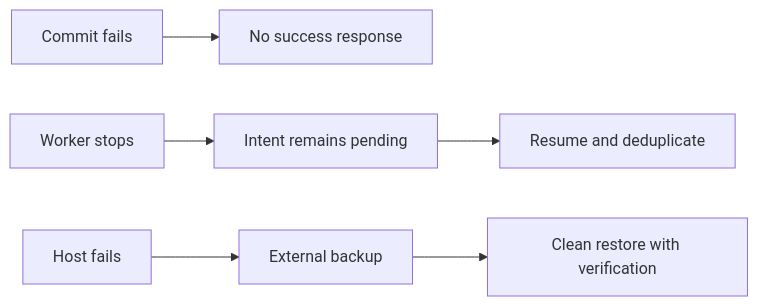
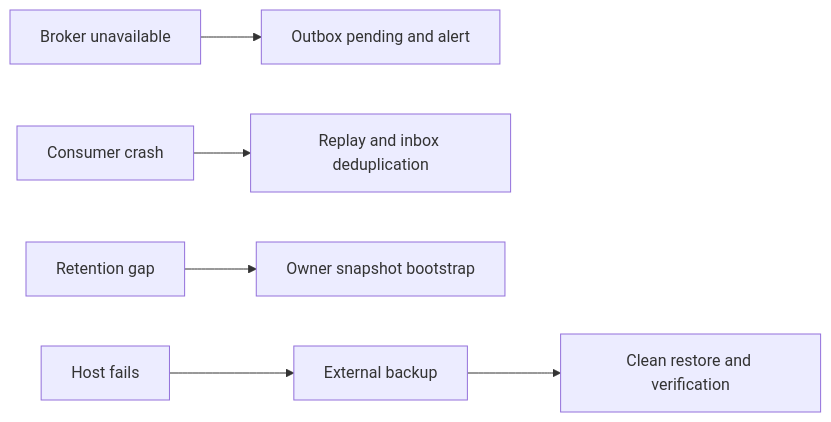
Before and after one commit to sakkol-git/meakea-attendance-tractker-microservice: the fourth of 4 diagrams in docs/roadmap/ARCHITECTURE-REVIEW-V2.md, drawn with Mermaid. The commit also changed other lines of this file and 14 other files, not shown here.

````diff
--- a/docs/roadmap/ARCHITECTURE-REVIEW-V2.md
+++ b/docs/roadmap/ARCHITECTURE-REVIEW-V2.md
@@ -94,8 +121,8 @@
 ```mermaid
 flowchart LR
-    C["Commit fails"] --> X["No success response"]
-    W["Worker stops"] --> O["Intent remains pending"]
-    O --> R["Resume and deduplicate"]
-    H["Host fails"] --> B["External backup"]
-    B --> S["Clean restore with verification"]
+    B["Broker unavailable"] --> O["Outbox pending and alert"]
+    C["Consumer crash"] --> R["Replay and inbox deduplication"]
+    L["Retention gap"] --> S["Owner snapshot bootstrap"]
+    H["Host fails"] --> E["External backup"]
+    E --> V["Clean restore and verification"]
 ```
````
